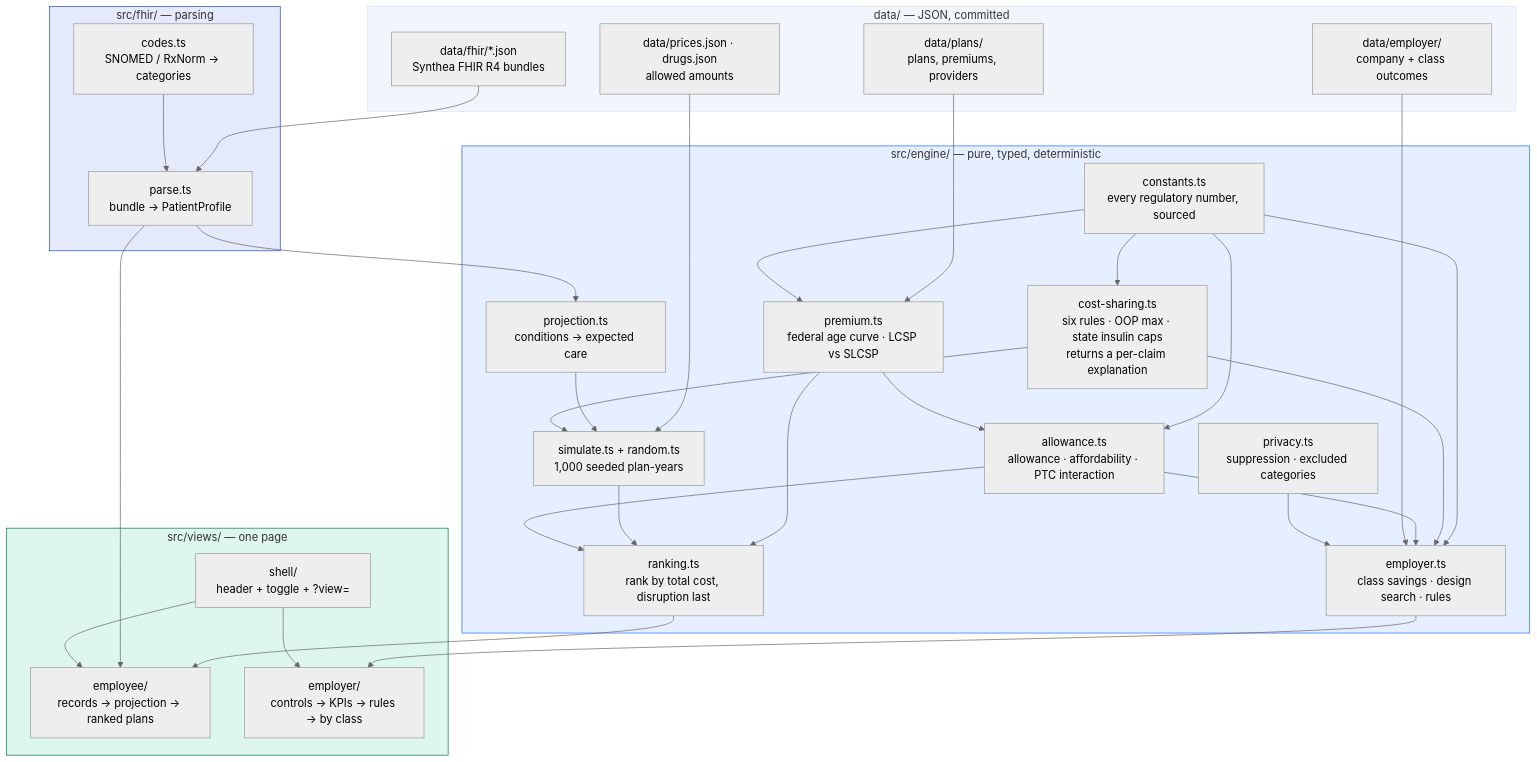
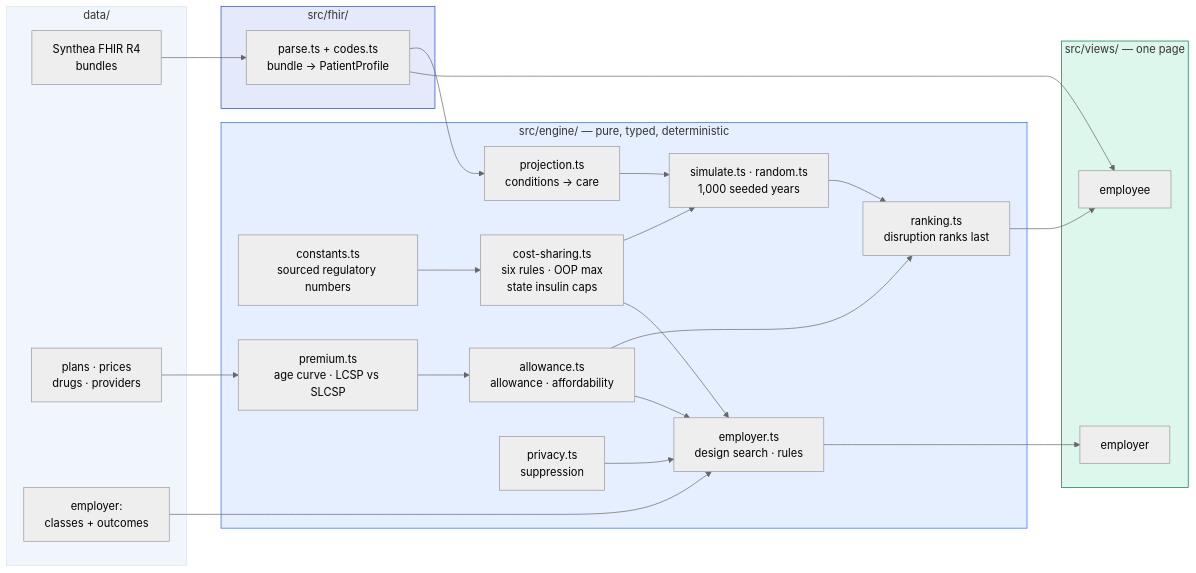
Before and after one commit to Adam-Behun/project: the diagram in README.md, drawn with Mermaid (neutral theme). The commit also changed other lines of this file and 2 other files, not shown here.

````diff
--- a/README.md
+++ b/README.md
@@ -41,62 +31,39 @@
 ```mermaid
-flowchart TB
-    subgraph data["data/ — JSON, committed"]
-        FHIR["data/fhir/*.json<br/>Synthea FHIR R4 bundles"]
-        PLANS["data/plans/<br/>plans, premiums, providers"]
-        PRICES["data/prices.json · drugs.json<br/>allowed amounts"]
-        EMP["data/employer/<br/>company + class outcomes"]
+flowchart LR
+    subgraph data["data/"]
+        FHIR["Synthea FHIR R4<br/>bundles"]
+        PLANS["plans · prices<br/>drugs · providers"]
+        EMP["employer:<br/>classes + outcomes"]
     end
-
-    subgraph fhir["src/fhir/ — parsing"]
-        PARSE["parse.ts<br/>bundle → PatientProfile"]
-        CODES["codes.ts<br/>SNOMED / RxNorm → categories"]
+    subgraph fhir["src/fhir/"]
+        PARSE["parse.ts + codes.ts<br/>bundle → PatientProfile"]
     end
-
     subgraph engine["src/engine/ — pure, typed, deterministic"]
-        CONST["constants.ts<br/>every regulatory number, sourced"]
-        COST["cost-sharing.ts<br/>six rules · OOP max · state insulin caps<br/>returns a per-claim explanation"]
-        PREM["premium.ts<br/>federal age curve · LCSP vs SLCSP"]
-        ALLOW["allowance.ts<br/>allowance · affordability · PTC interaction"]
-        PROJ["projection.ts<br/>conditions → expected care"]
-        SIM["simulate.ts + random.ts<br/>1,000 seeded plan-years"]
-        RANK["ranking.ts<br/>rank by total cost, disruption last"]
-        EMPE["employer.ts<br/>class savings · design search · rules"]
-        PRIV["privacy.ts<br/>suppression · excluded categories"]
+        CONST["constants.ts<br/>sourced regulatory numbers"]
+        COST["cost-sharing.ts<br/>six rules · OOP max<br/>state insulin caps"]
+        PREM["premium.ts<br/>age curve · LCSP vs SLCSP"]
+        ALLOW["allowance.ts<br/>allowance · affordability"]
+        PROJ["projection.ts<br/>conditions → care"]
+        SIM["simulate.ts · random.ts<br/>1,000 seeded years"]
+        RANK["ranking.ts<br/>disruption ranks last"]
+        EMPE["employer.ts<br/>design search · rules"]
+        PRIV["privacy.ts<br/>suppression"]
     end
-
     subgraph views["src/views/ — one page"]
-        SHELL["shell/<br/>header + toggle + ?view="]
-        EE["employee/<br/>records → projection → ranked plans"]
-        ER["employer/<br/>controls → KPIs → rules → by class"]
+        EE["employee"]
+        ER["employer"]
     end
-
-    FHIR --> PARSE
-    CODES --> PARSE
-    PARSE --> PROJ
-    PRICES --> SIM
-    PLANS --> PREM
-    PROJ --> SIM
-    CONST --> COST
-    CONST --> PREM
-    CONST --> ALLOW
-    CONST --> EMPE
-    COST --> SIM
+    FHIR --> PARSE --> PROJ --> SIM --> RANK --> EE
+    PLANS --> PREM --> ALLOW --> RANK
+    CONST --> COST --> SIM
     COST --> EMPE
-    PREM --> ALLOW
-    PREM --> RANK
-    SIM --> RANK
-    ALLOW --> RANK
     ALLOW --> EMPE
-    EMP --> EMPE
+    EMP --> EMPE --> ER
     PRIV --> EMPE
-    RANK --> EE
     PARSE --> EE
-    EMPE --> ER
-    SHELL --> EE
-    SHELL --> ER
 
     style engine fill:#e6efff,stroke:#1e6bff
     style fhir fill:#e4e9fb,stroke:#2346c8
     style data fill:#f1f5fc,stroke:#dce4f0
     style views fill:#ddf7ec,stroke:#067647
 ```
````
